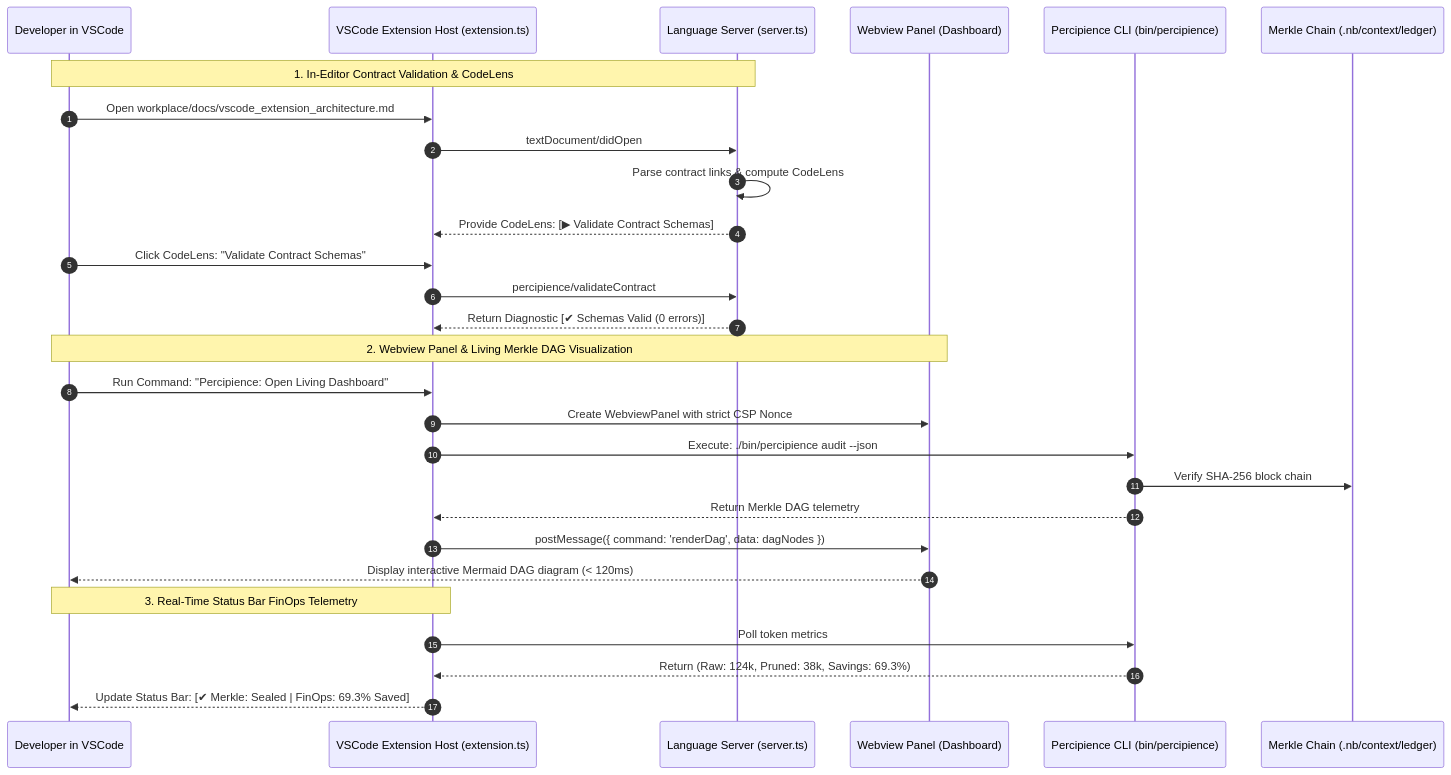
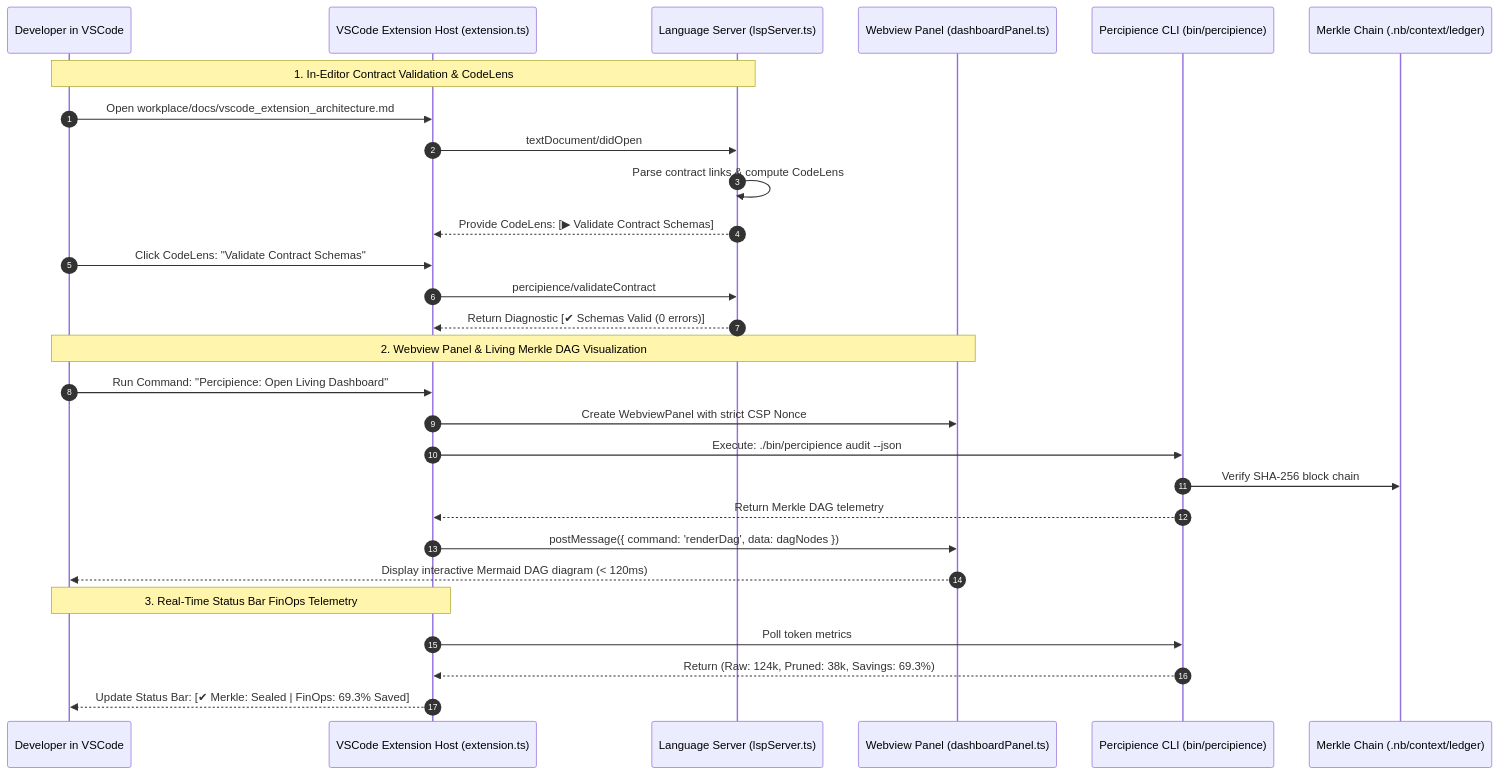
One commit to lakhwindersingh/nb_fairyfly changed the first of 2 diagrams in .nb/plan/l1/vscode-plugin/detailed.md. Above: the diagram before and after it, drawn with Mermaid. The commit also changed other lines of this file and 6 other files, not shown here.

````diff
--- a/.nb/plan/l1/vscode-plugin/detailed.md
+++ b/.nb/plan/l1/vscode-plugin/detailed.md
@@ -214,33 +218,33 @@
 ```mermaid
 sequenceDiagram
   autonumber
   participant Dev as Developer in VSCode
   participant Host as VSCode Extension Host (extension.ts)
-  participant LSP as Language Server (server.ts)
-  participant Webview as Webview Panel (Dashboard)
+  participant LSP as Language Server (lspServer.ts)
+  participant Webview as Webview Panel (dashboardPanel.ts)
   participant Daemon as Percipience CLI (bin/percipience)
   participant Ledger as Merkle Chain (.nb/context/ledger)
 
   Note over Dev,LSP: 1. In-Editor Contract Validation & CodeLens
   Dev->>Host: Open workplace/docs/vscode_extension_architecture.md
   Host->>LSP: textDocument/didOpen
   LSP->>LSP: Parse contract links & compute CodeLens
   LSP-->>Host: Provide CodeLens: [▶ Validate Contract Schemas]
   Dev->>Host: Click CodeLens: "Validate Contract Schemas"
   Host->>LSP: percipience/validateContract
   LSP-->>Host: Return Diagnostic [✔ Schemas Valid (0 errors)]
 
   Note over Dev,Webview: 2. Webview Panel & Living Merkle DAG Visualization
   Dev->>Host: Run Command: "Percipience: Open Living Dashboard"
   Host->>Webview: Create WebviewPanel with strict CSP Nonce
   Host->>Daemon: Execute: ./bin/percipience audit --json
   Daemon->>Ledger: Verify SHA-256 block chain
   Daemon-->>Host: Return Merkle DAG telemetry
   Host->>Webview: postMessage({ command: 'renderDag', data: dagNodes })
   Webview-->>Dev: Display interactive Mermaid DAG diagram (< 120ms)
 
   Note over Dev,Host: 3. Real-Time Status Bar FinOps Telemetry
   Host->>Daemon: Poll token metrics
   Daemon-->>Host: Return (Raw: 124k, Pruned: 38k, Savings: 69.3%)
   Host-->>Dev: Update Status Bar: [✔ Merkle: Sealed | FinOps: 69.3% Saved]
 ```
````
